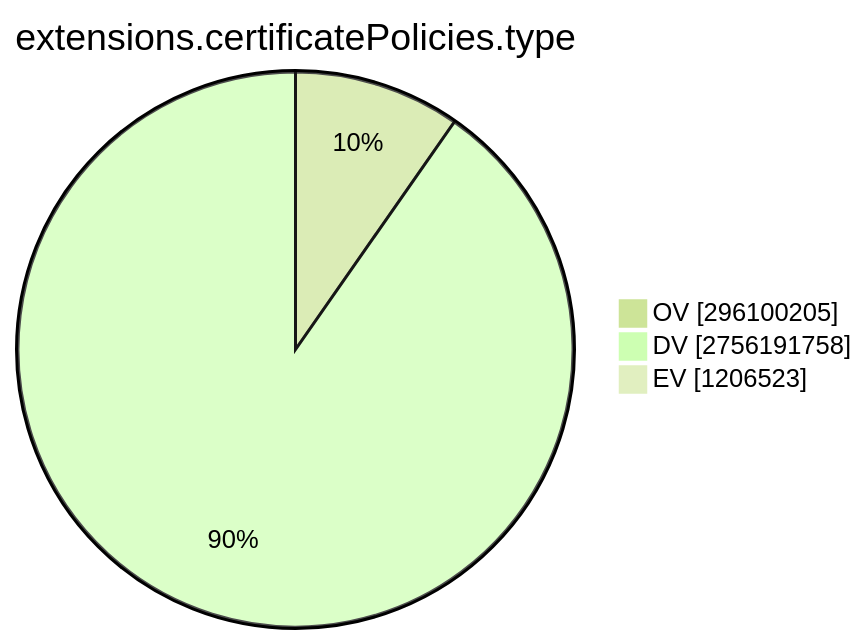
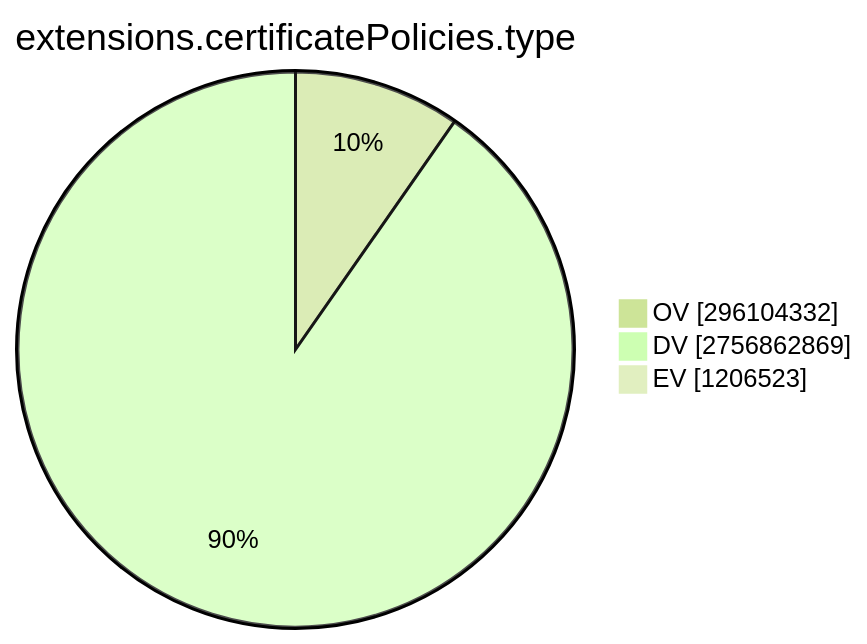
Before and after one commit to christiankrug/ctmonitor_visualization: the ninth of 15 diagrams in TOTAL/README.md, drawn with Mermaid (forest theme). The commit also changed other lines of this file, not shown here.

````diff
--- a/TOTAL/README.md
+++ b/TOTAL/README.md
@@ -3099,7 +3099,7 @@
 ```mermaid
 pie showData
 title extensions.certificatePolicies.type
-"OV" :296100205
-"DV" :2756191758
+"OV" :296104332
+"DV" :2756862869
 "EV" :1206523
 ```
````
